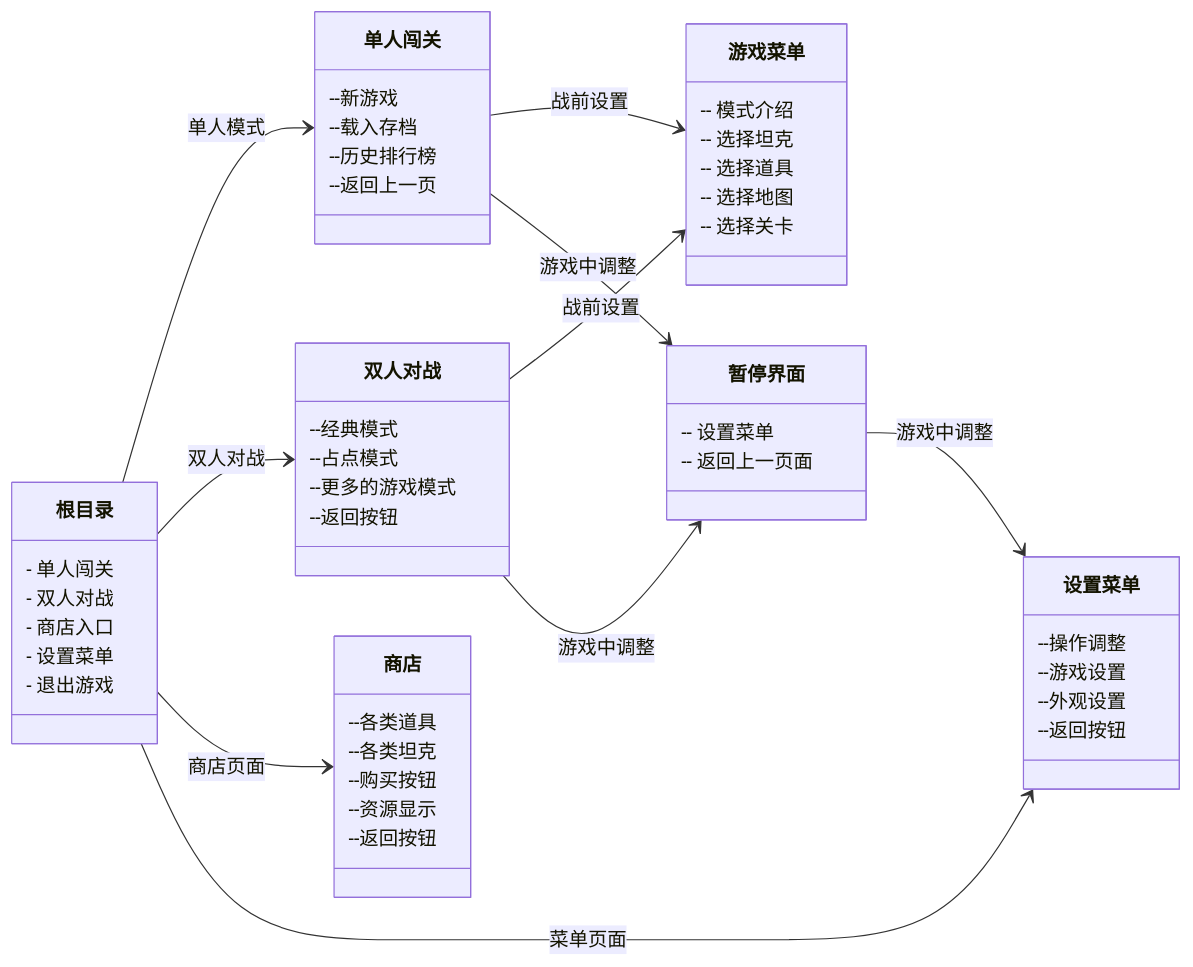
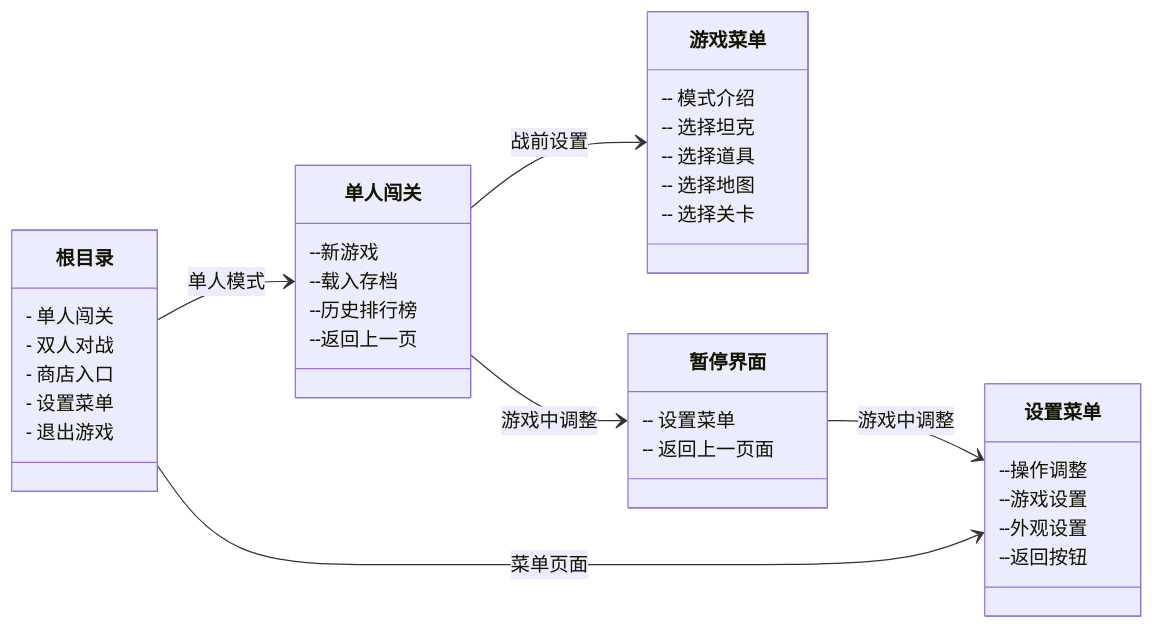
Before and after one commit to bjhh2005/tank_fire: the second of 3 diagrams in README.md, drawn with Mermaid. The commit also changed other lines of this file and 7 other files, not shown here.

````diff
--- a/README.md
+++ b/README.md
@@ -97,57 +77,40 @@
 ```mermaid
 classDiagram
     direction LR
     class 根目录 {
       - 单人闯关
       - 双人对战
       - 商店入口
       - 设置菜单
       - 退出游戏
     }
     class 单人闯关 {
         --新游戏
         --载入存档
         --历史排行榜
         --返回上一页
-    }
-    class 双人对战 {
-        --经典模式
-        --占点模式
-        --更多的游戏模式
-        --返回按钮
-    }
-    class 商店 {
-        --各类道具
-        --各类坦克
-        --购买按钮
-        --资源显示
-        --返回按钮
     }
     class 设置菜单{
         --操作调整
         --游戏设置
         --外观设置
         --返回按钮
     }
     class 游戏菜单{
         -- 模式介绍
         -- 选择坦克
         -- 选择道具
         -- 选择地图
         -- 选择关卡
     }
     class 暂停界面{
         --  设置菜单
         --  返回上一页面
     }
 
     根目录 --> 单人闯关 : 单人模式
-    根目录 --> 双人对战 : 双人对战
-    根目录 --> 商店 : 商店页面
     根目录 --> 设置菜单 : 菜单页面
     单人闯关 --> 游戏菜单 : 战前设置
-    双人对战 --> 游戏菜单 : 战前设置
     单人闯关 --> 暂停界面 : 游戏中调整
-    双人对战 --> 暂停界面 : 游戏中调整
     暂停界面 --> 设置菜单 : 游戏中调整
 ```
````
